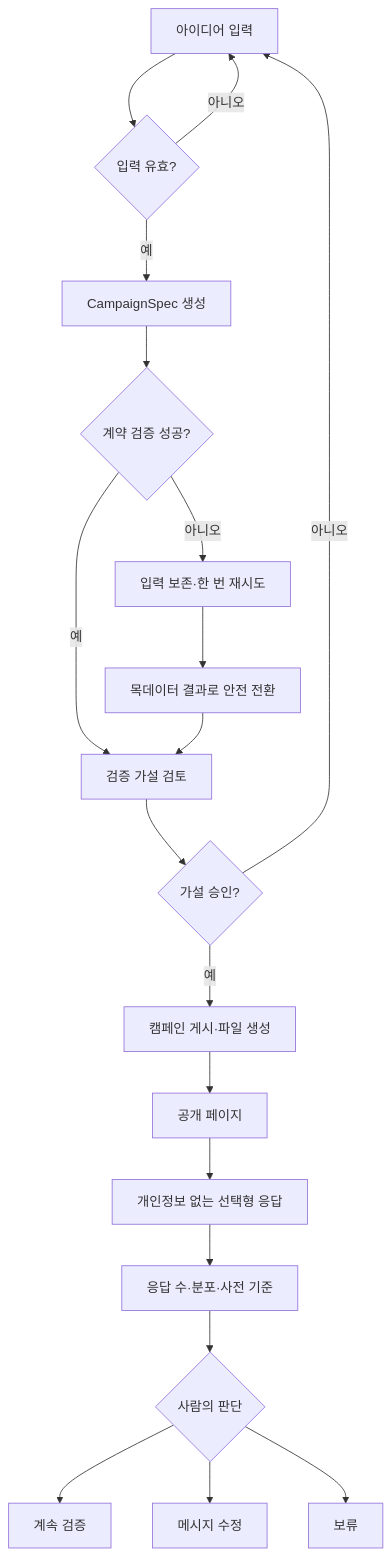
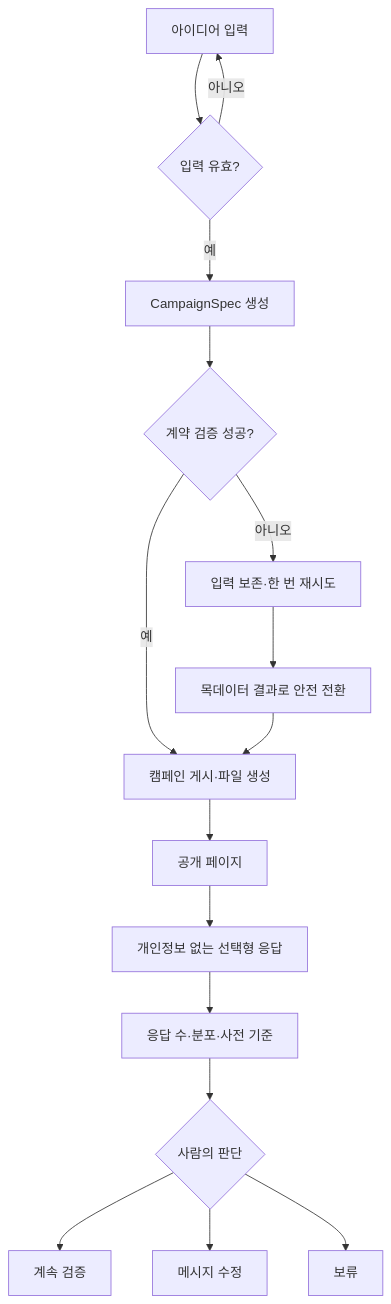
One commit to unithon26/marketvalley changed the diagram in docs/user-flow-and-wireframes.md. Above: the diagram before and after it, drawn with Mermaid. The commit also changed other lines of this file and 3 other files, not shown here.

````diff
--- a/docs/user-flow-and-wireframes.md
+++ b/docs/user-flow-and-wireframes.md
@@ -38,21 +37,18 @@
 ```mermaid
 flowchart TD
     A[아이디어 입력] --> B{입력 유효?}
     B -- 아니오 --> A
     B -- 예 --> C[CampaignSpec 생성]
     C --> D{계약 검증 성공?}
     D -- 아니오 --> E[입력 보존·한 번 재시도]
     E --> F[목데이터 결과로 안전 전환]
-    D -- 예 --> G[검증 가설 검토]
-    F --> G
-    G --> H{가설 승인?}
-    H -- 아니오 --> A
-    H -- 예 --> J[캠페인 게시·파일 생성]
+    D -- 예 --> J[캠페인 게시·파일 생성]
+    F --> J
     J --> K[공개 페이지]
     K --> L[개인정보 없는 선택형 응답]
     L --> M[응답 수·분포·사전 기준]
     M --> N{사람의 판단}
     N --> O[계속 검증]
     N --> P[메시지 수정]
     N --> Q[보류]
 ```
````
